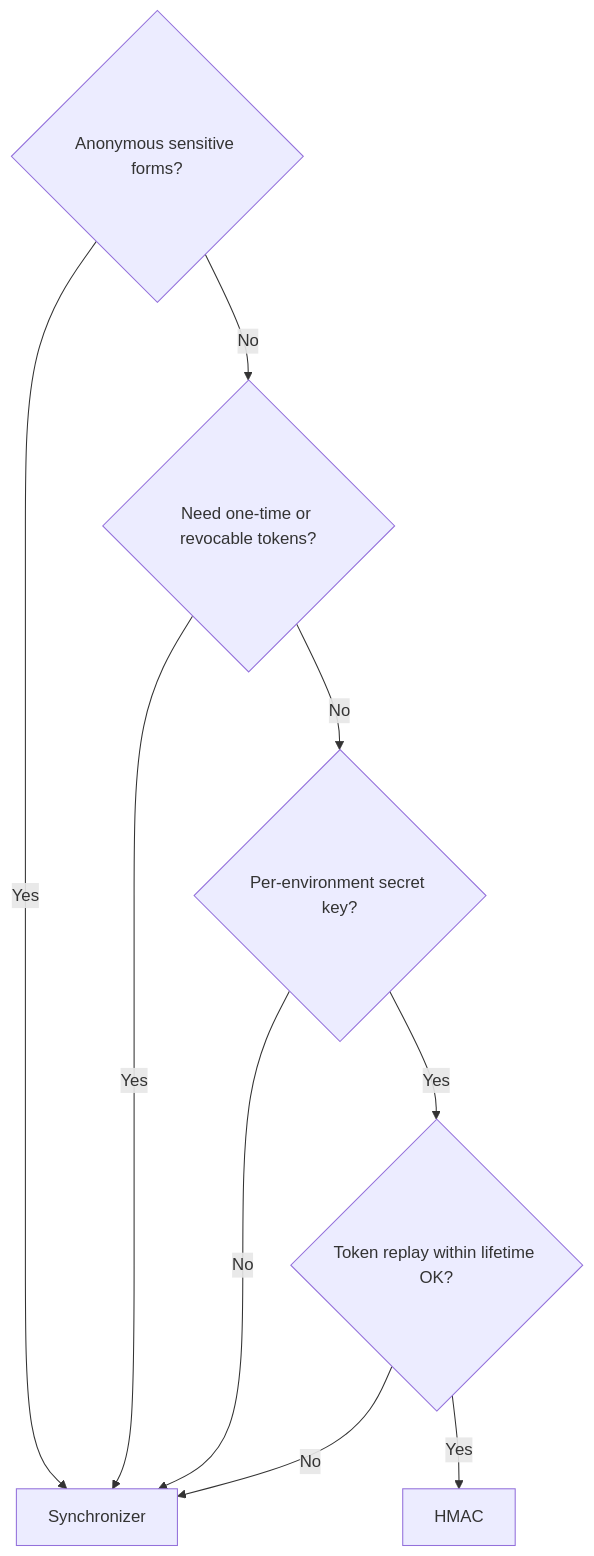
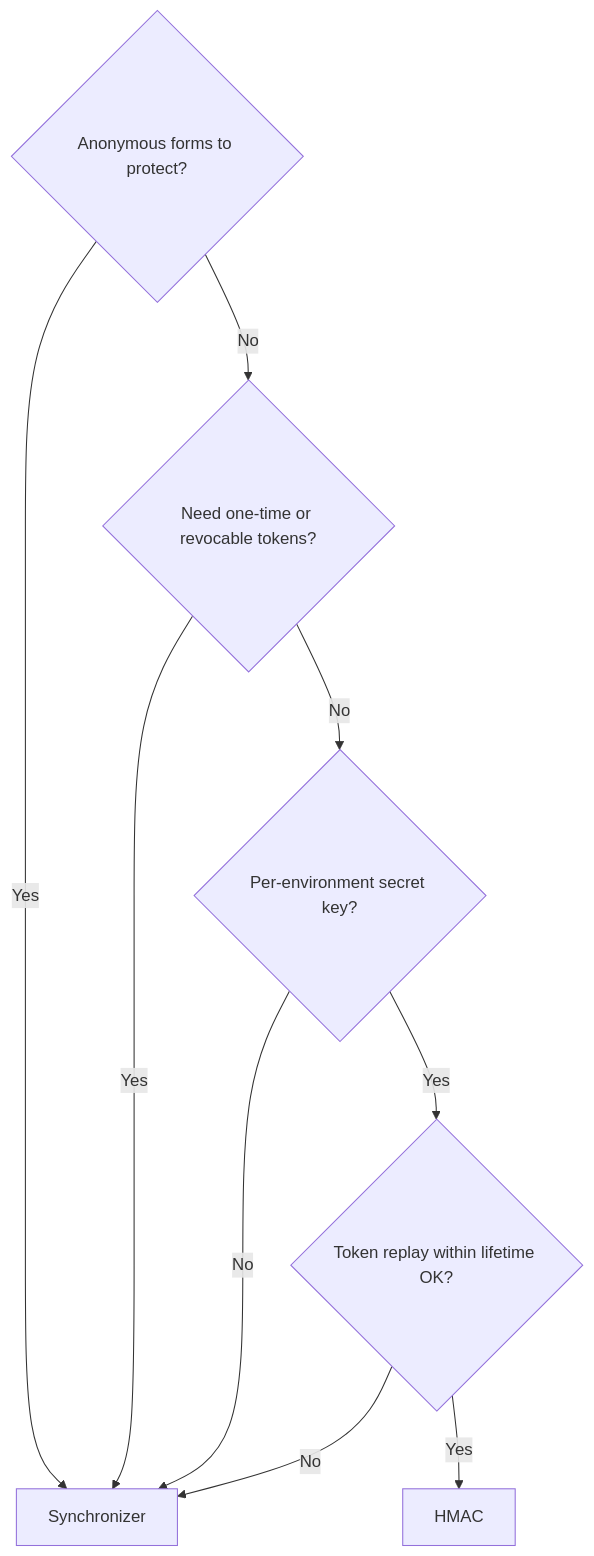
The diagram in README.md (yiisoft/csrf), drawn with Mermaid before and after one commit. The commit also changed other lines of this file, not shown here.

Commit message:
Apply suggestions from code review

````diff
--- a/README.md
+++ b/README.md
@@ -150,12 +150,12 @@
 ```mermaid
 flowchart TD
-    A{Anonymous sensitive forms?}
+    A{Anonymous forms to protect?}
     A -- Yes --> S[Synchronizer]
     A -- No --> B{Need one-time or revocable tokens?}
     B -- Yes --> S
     B -- No --> C{Per-environment secret key?}
     C -- No --> S
     C -- Yes --> D{Token replay within lifetime OK?}
     D -- No --> S
     D -- Yes --> H[HMAC]
 ```
````
